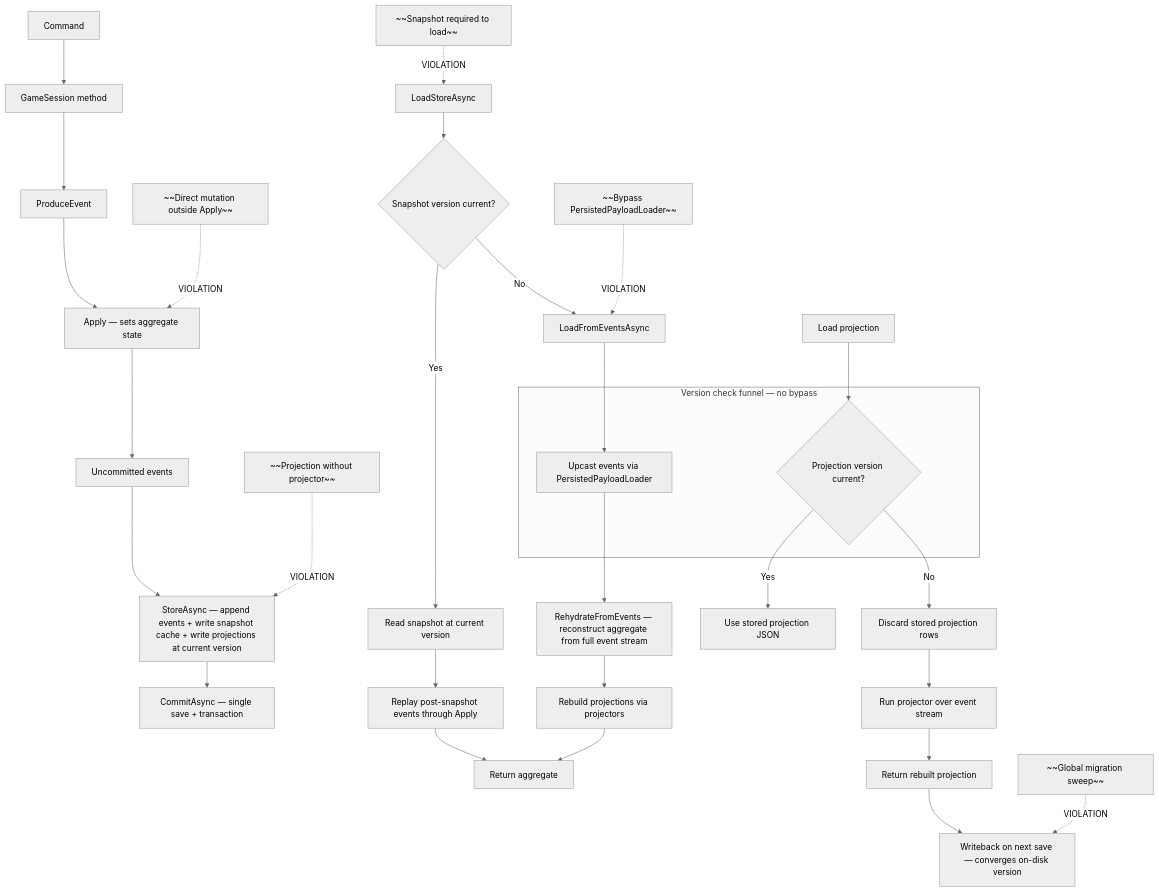
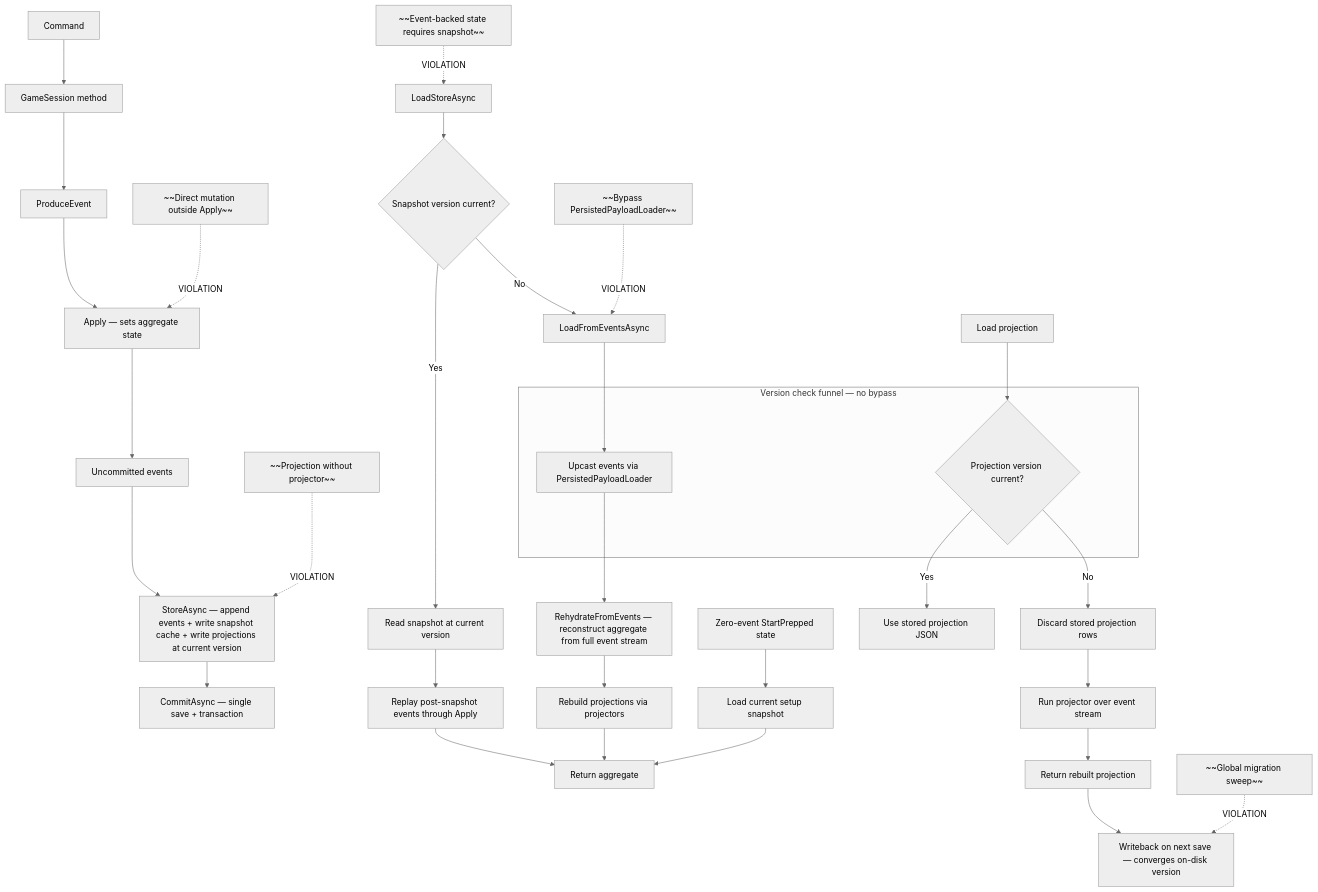
Before and after one commit to HarleyBartles/wild-bunch: the diagram in .agents/doctrine/event-sourcing-integrity.md, drawn with Mermaid (neutral theme).

Commit message:
docs: align snapshot flow diagram

````diff
--- a/.agents/doctrine/event-sourcing-integrity.md
+++ b/.agents/doctrine/event-sourcing-integrity.md
@@ -84,44 +84,48 @@
 ```mermaid
 flowchart TD
     %% Command path
     Cmd[Command] --> GS[GameSession method]
     GS --> PE[ProduceEvent]
     PE --> Apply[Apply — sets aggregate state]
     Apply --> UE[Uncommitted events]
     UE --> Store[StoreAsync — append events + write snapshot cache + write projections at current version]
     Store --> Commit[CommitAsync — single save + transaction]
 
     %% Load fast path (snapshot current)
     Load[LoadStoreAsync] --> CheckVer{Snapshot version current?}
     CheckVer -->|Yes| ReadSnap[Read snapshot at current version]
     ReadSnap --> ReplayPost[Replay post-snapshot events through Apply]
     ReplayPost --> ReturnAgg[Return aggregate]
 
     %% Load full replay path (snapshot stale/missing/corrupted)
     CheckVer -->|No| LoadEvents[LoadFromEventsAsync]
     LoadEvents --> Upcast[Upcast events via PersistedPayloadLoader]
     Upcast --> Rehydrate[RehydrateFromEvents — reconstruct aggregate from full event stream]
     Rehydrate --> RebuildProj[Rebuild projections via projectors]
     RebuildProj --> ReturnAgg
 
+    %% Zero-event setup state has no event history to replay
+    Prep[Zero-event StartPrepped state] --> PrepSnap[Load current setup snapshot]
+    PrepSnap --> ReturnAgg
+
     %% Projection rebuild path
     LoadProj[Load projection] --> CheckProjVer{Projection version current?}
     CheckProjVer -->|Yes| UseStored[Use stored projection JSON]
     CheckProjVer -->|No| DiscardProj[Discard stored projection rows]
     DiscardProj --> RunProj[Run projector over event stream]
     RunProj --> ReturnProj[Return rebuilt projection]
     ReturnProj --> Writeback[Writeback on next save — converges on-disk version]
 
     %% Version check funnel
     subgraph Funnel [Version check funnel — no bypass]
         Upcast
         CheckProjVer
     end
 
     %% Negative constraints (violations)
-    SnapRequired[~~Snapshot required to load~~] -.->|VIOLATION| Load
+    SnapRequired[~~Event-backed state requires snapshot~~] -.->|VIOLATION| Load
     DirectMut[~~Direct mutation outside Apply~~] -.->|VIOLATION| Apply
     NoProjector[~~Projection without projector~~] -.->|VIOLATION| Store
     BypassFunnel[~~Bypass PersistedPayloadLoader~~] -.->|VIOLATION| LoadEvents
     GlobalMigrate[~~Global migration sweep~~] -.->|VIOLATION| Writeback
 ```
````
